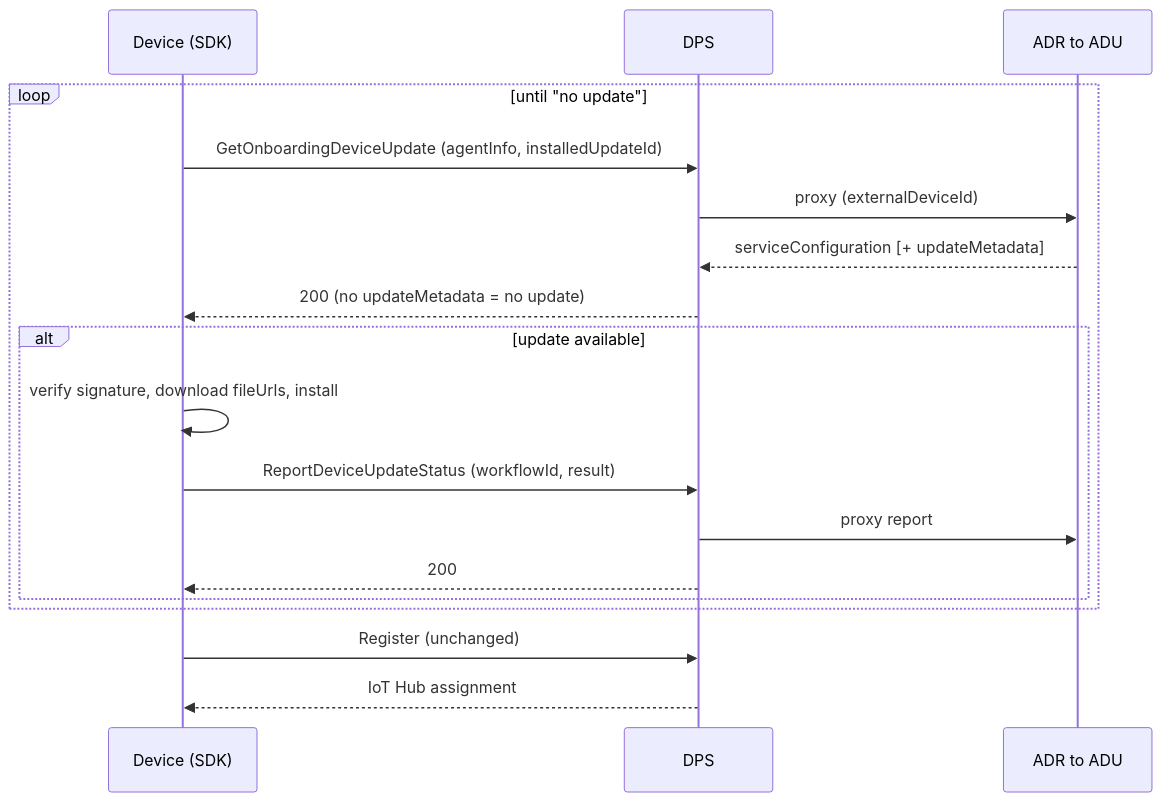
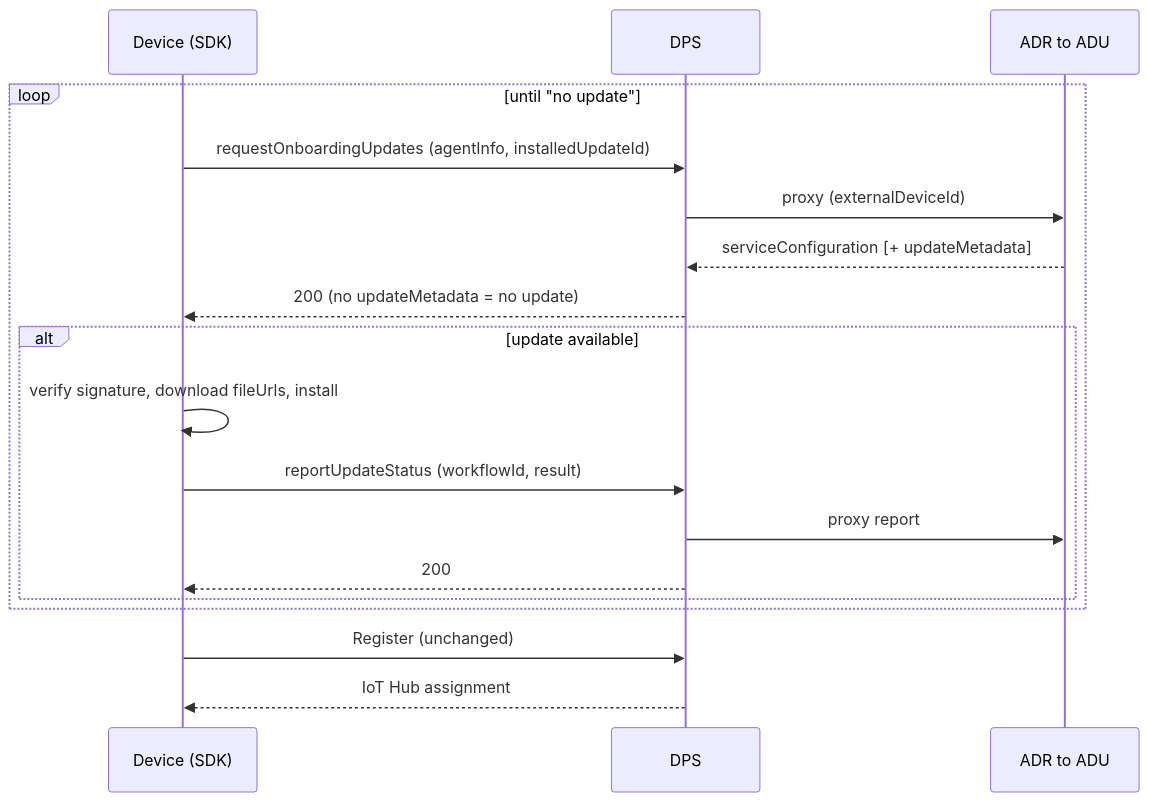
The second of 2 diagrams in c/docs/eng/aduv2-spec.md (Azure/azure-iot-sdk), drawn with Mermaid before and after one commit. The commit also changed other lines of this file and 3 other files, not shown here.

````diff
--- a/c/docs/eng/aduv2-spec.md
+++ b/c/docs/eng/aduv2-spec.md
@@ -95,20 +95,20 @@
 ```mermaid
 sequenceDiagram
     participant Dev as Device (SDK)
     participant DPS as DPS
     participant ADU as ADR to ADU
     loop until "no update"
-      Dev->>DPS: GetOnboardingDeviceUpdate (agentInfo, installedUpdateId)
+      Dev->>DPS: requestOnboardingUpdates (agentInfo, installedUpdateId)
       DPS->>ADU: proxy (externalDeviceId)
       ADU-->>DPS: serviceConfiguration [+ updateMetadata]
       DPS-->>Dev: 200 (no updateMetadata = no update)
       alt update available
         Dev->>Dev: verify signature, download fileUrls, install
-        Dev->>DPS: ReportDeviceUpdateStatus (workflowId, result)
+        Dev->>DPS: reportUpdateStatus (workflowId, result)
         DPS->>ADU: proxy report
         DPS-->>Dev: 200
       end
     end
     Dev->>DPS: Register (unchanged)
     DPS-->>Dev: IoT Hub assignment
 ```
````
